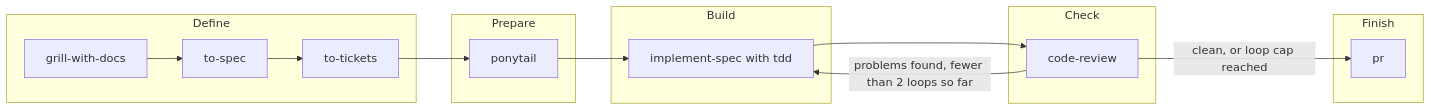
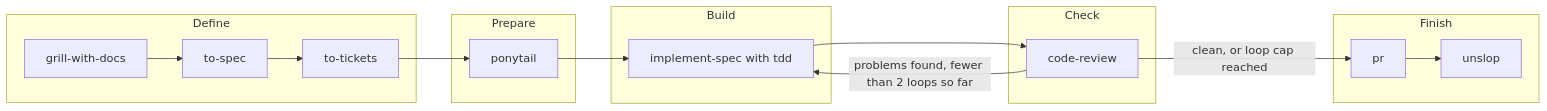
Before and after one commit to TDSchreur/tds-factory: the diagram in README.md, drawn with Mermaid.

Commit message:
Show unslop in the README Flow diagram

````diff
--- a/README.md
+++ b/README.md
@@ -11,22 +11,22 @@
 ```mermaid
 flowchart LR
     subgraph Define
         A[grill-with-docs] --> B[to-spec] --> C[to-tickets]
     end
     subgraph Prepare
         D[ponytail]
     end
     subgraph Build
         E[implement-spec with tdd]
     end
     subgraph Check
         F[code-review]
     end
     subgraph Finish
-        G[pr]
+        G[pr] --> H[unslop]
     end
 
     C --> D --> E --> F
     F -->|problems found, fewer than 2 loops so far| E
     F -->|clean, or loop cap reached| G
 ```
````
